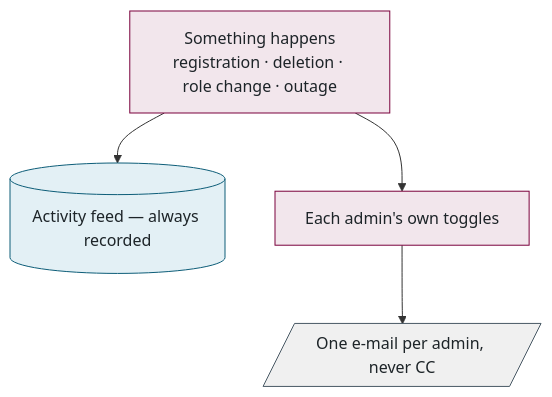
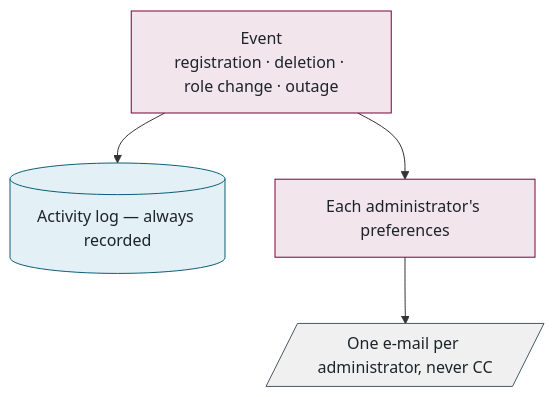
The first of 2 diagrams in docs/walkthrough/08-administration-and-monitoring.md (McMaster-Battery-Research-Group/battery-soc-benchmark), drawn with Mermaid before and after one commit. The commit also changed other lines of this file and 22 other files, not shown here.

````diff
--- a/docs/walkthrough/08-administration-and-monitoring.md
+++ b/docs/walkthrough/08-administration-and-monitoring.md
@@ -24,12 +35,12 @@
 ```mermaid
 flowchart TB
-    E["Something happens<br/>registration · deletion · role change · outage"] --> F[("Activity feed — always recorded")]
-    E --> T["Each admin's own toggles"]
-    T --> M[/"One e-mail per admin, never CC"/]
+    E["Event<br/>registration · deletion · role change · outage"] --> F[("Activity log — always recorded")]
+    E --> T["Each administrator's preferences"]
+    T --> M[/"One e-mail per administrator, never CC"/]
     classDef web fill:#F2E6EC,stroke:#7A003C,color:#1d2428
     classDef data fill:#E3F0F5,stroke:#0D5D78,color:#1d2428
     classDef ext fill:#F0F0F0,stroke:#495965,color:#1d2428
     class E,T web
     class F data
     class M ext
 ```
````
